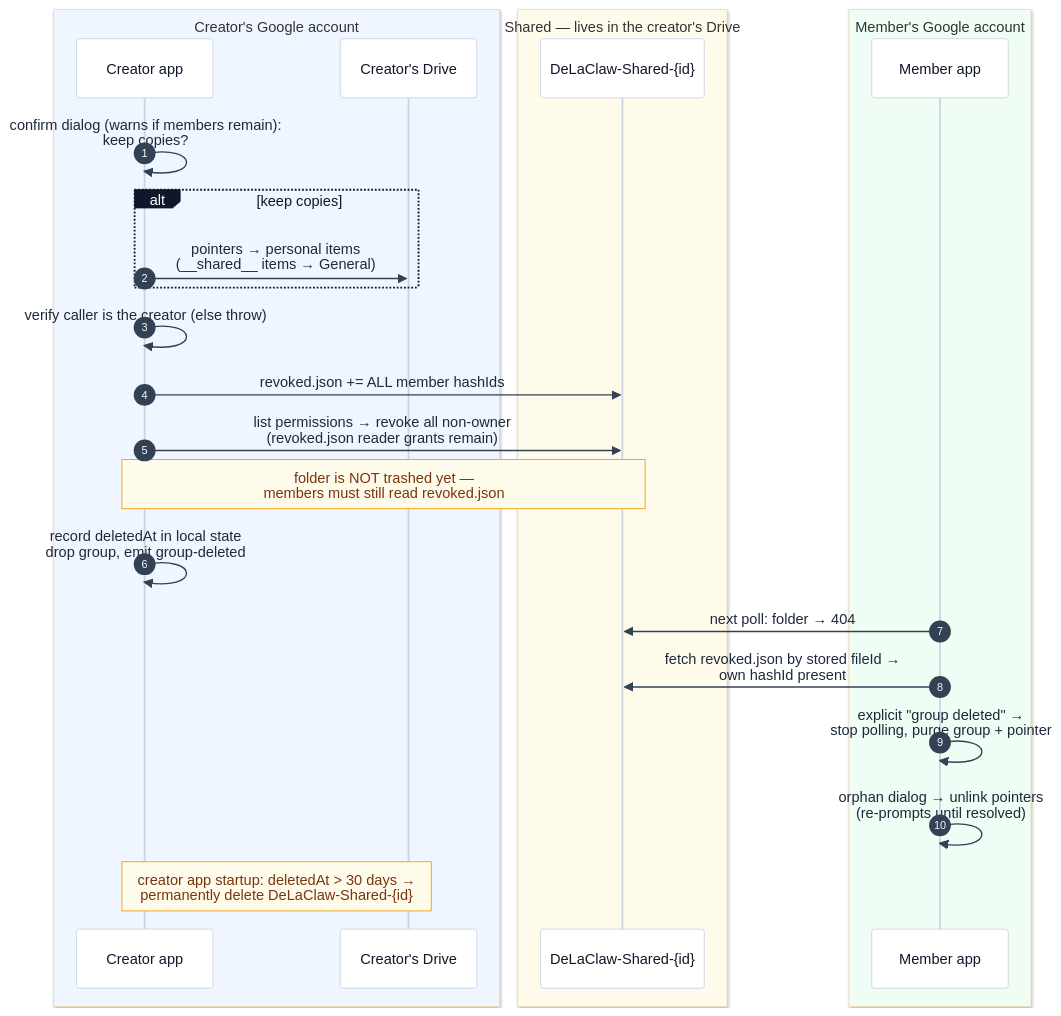
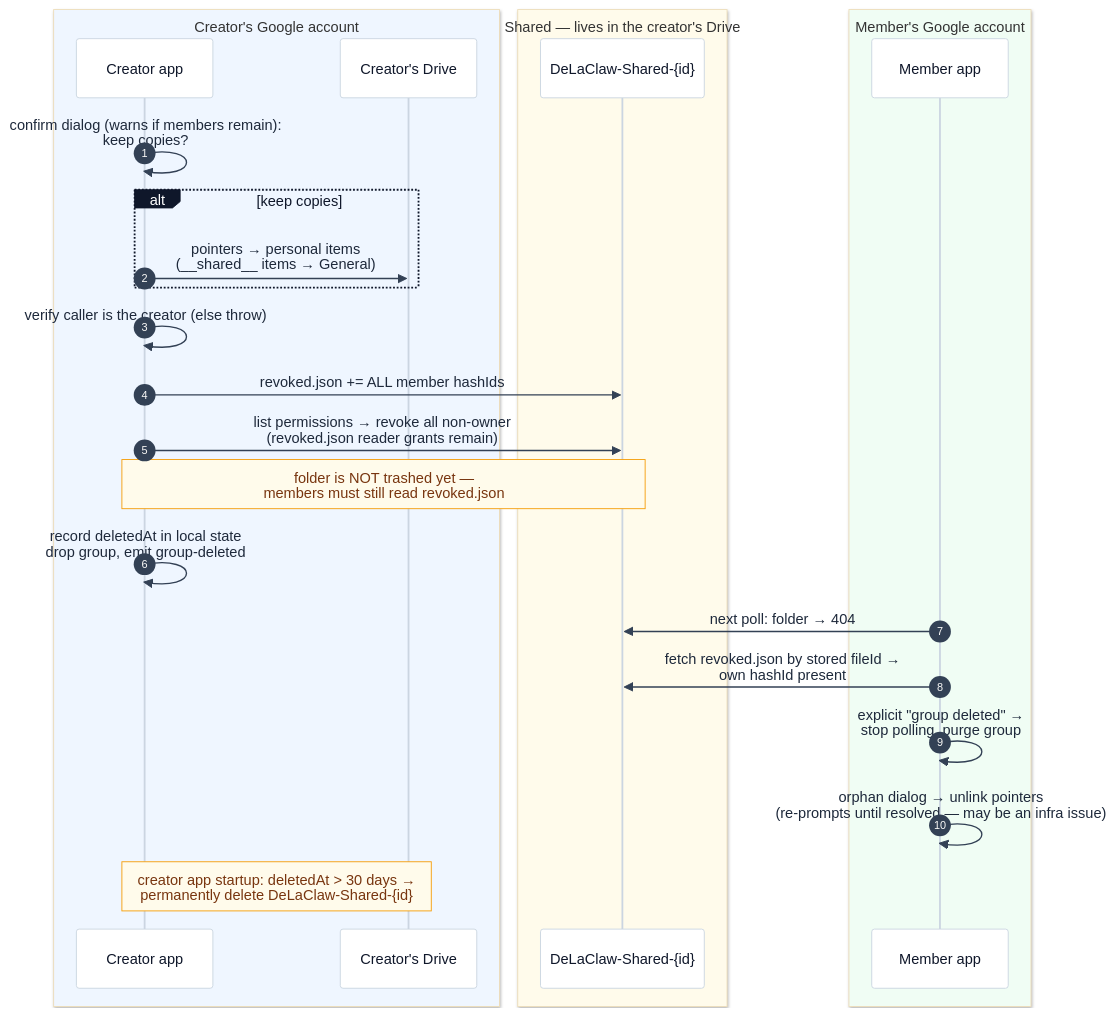
Diagram 11 of 12 in docs-site/sharing.md (AntGro/DeLaClaw), drawn with Mermaid before and after one commit. The commit also changed other lines of this file and 10 other files, not shown here.

First line of the commit message:
feat(sharing): auto-purge removed member's item pointers, no dialog

````diff
--- a/docs-site/sharing.md
+++ b/docs-site/sharing.md
@@ -318,30 +318,30 @@
 ```mermaid
 %%{init: {'theme': 'base', 'themeVariables': {'background': '#fbfaf8', 'actorBkg': '#ffffff', 'actorBorder': '#cbd5e1', 'actorTextColor': '#0f172a', 'actorLineColor': '#cbd5e1', 'signalColor': '#334155', 'signalTextColor': '#1e293b', 'noteBkgColor': '#fffbeb', 'noteBorderColor': '#f59e0b', 'noteTextColor': '#78350f', 'labelBoxBkgColor': '#0f172a', 'labelBoxBorderColor': '#0f172a', 'labelTextColor': '#ffffff'}}}%%
 sequenceDiagram
     autonumber
     box rgb(239,246,255) Creator's Google account
     participant CA as Creator app
     participant CD as Creator's Drive
     end
     box rgb(255,251,235) Shared — lives in the creator's Drive
     participant SF as DeLaClaw-Shared-{id}
     end
     box rgb(240,253,244) Member's Google account
     participant MA as Member app
     end
 
     CA->>CA: confirm dialog (warns if members remain):<br/>keep copies?
     alt keep copies
     CA->>CD: pointers → personal items<br/>(__shared__ items → General)
     end
     CA->>CA: verify caller is the creator (else throw)
     CA->>SF: revoked.json += ALL member hashIds
     CA->>SF: list permissions → revoke all non-owner<br/>(revoked.json reader grants remain)
     Note over CA,SF: folder is NOT trashed yet —<br/>members must still read revoked.json
     CA->>CA: record deletedAt in local state<br/>drop group, emit group-deleted
     MA->>SF: next poll: folder → 404
     MA->>SF: fetch revoked.json by stored fileId →<br/>own hashId present
-    MA->>MA: explicit "group deleted" →<br/>stop polling, purge group + pointer
-    MA->>MA: orphan dialog → unlink pointers<br/>(re-prompts until resolved)
+    MA->>MA: explicit "group deleted" →<br/>stop polling, purge group
+    MA->>MA: orphan dialog → unlink pointers<br/>(re-prompts until resolved — may be an infra issue)
     Note over CA,CD: creator app startup: deletedAt > 30 days →<br/>permanently delete DeLaClaw-Shared-{id}
 ```
````
